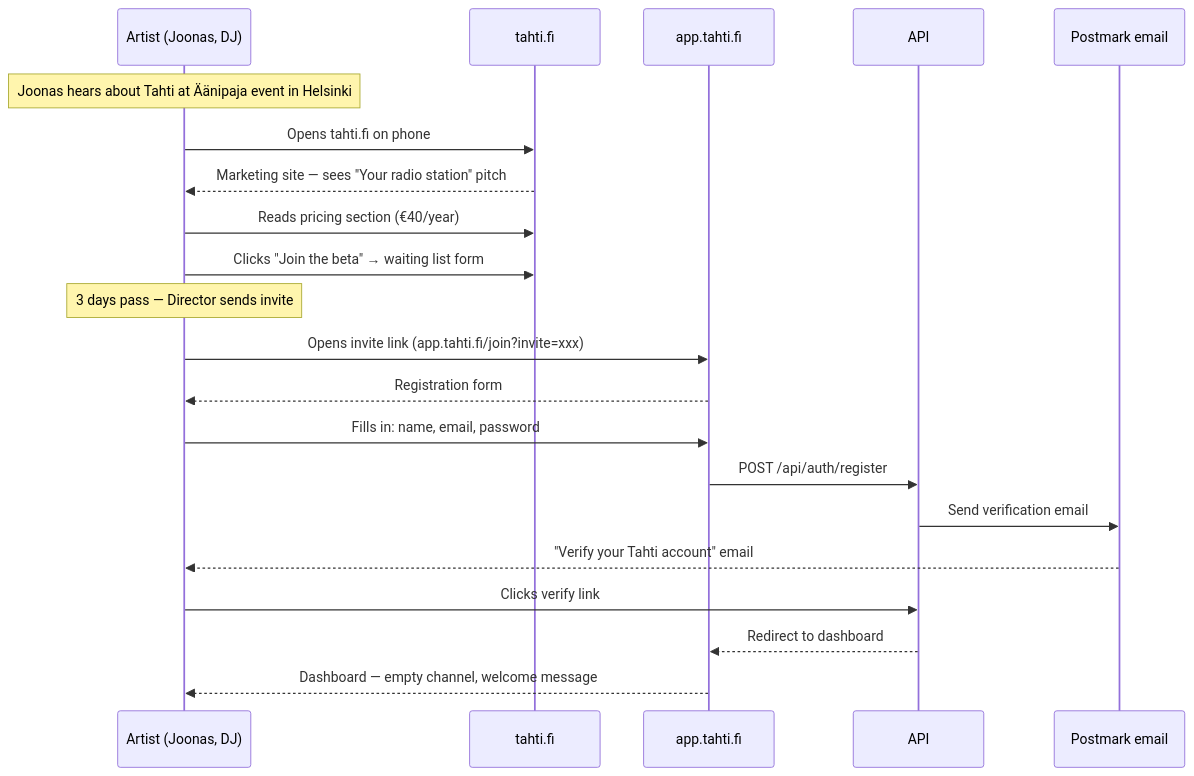
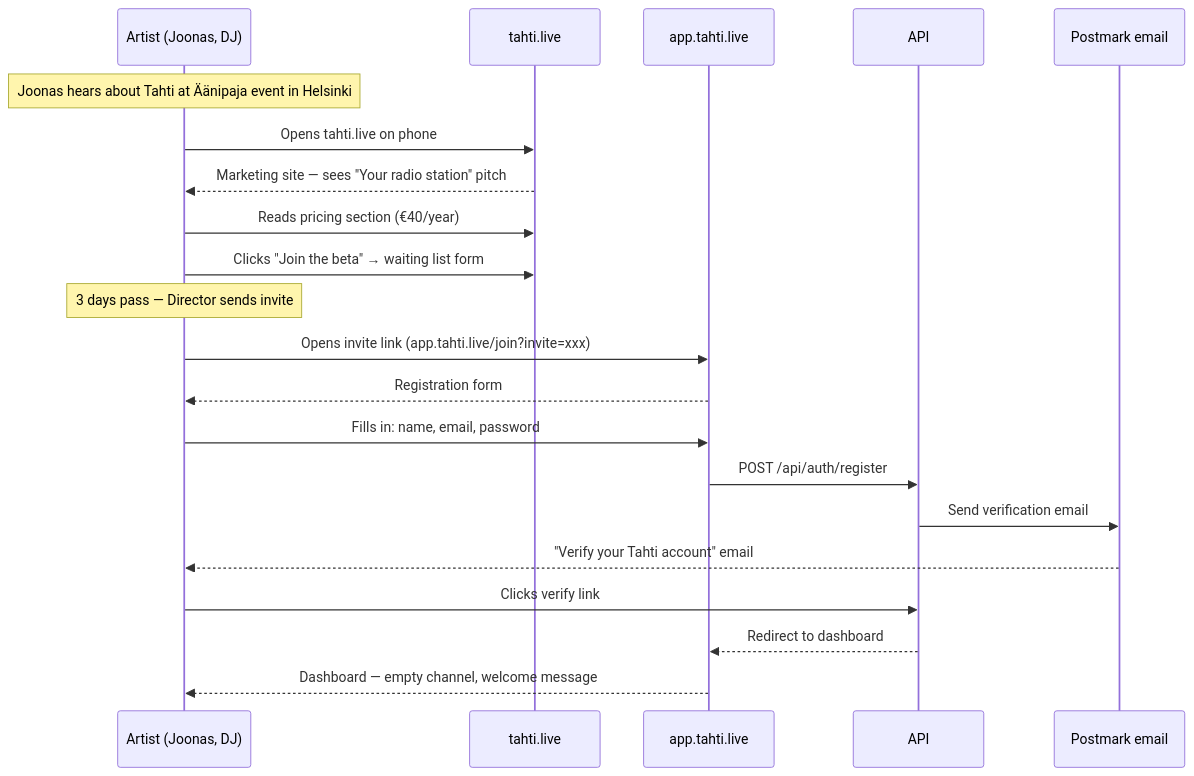
One commit to janiluuk/tahti-org changed the second of 8 diagrams in docs/technical/journey-artist.md. Above: the diagram before and after it, drawn with Mermaid. The commit also changed other lines of this file and 148 other files, not shown here.

First line of the commit message:
feat(m10): member governance, chat polish, domain rename to tahti.live

````diff
--- a/docs/technical/journey-artist.md
+++ b/docs/technical/journey-artist.md
@@ -45,25 +45,25 @@
 ```mermaid
 sequenceDiagram
     participant A as Artist (Joonas, DJ)
-    participant TF as tahti.fi
-    participant APP as app.tahti.fi
+    participant TF as tahti.live
+    participant APP as app.tahti.live
     participant API as API
     participant Email as Postmark email
 
     Note over A: Joonas hears about Tahti at Äänipaja event in Helsinki
-    A->>TF: Opens tahti.fi on phone
+    A->>TF: Opens tahti.live on phone
     TF-->>A: Marketing site — sees "Your radio station" pitch
     A->>TF: Reads pricing section (€40/year)
     A->>TF: Clicks "Join the beta" → waiting list form
     Note over A: 3 days pass — Director sends invite
 
-    A->>APP: Opens invite link (app.tahti.fi/join?invite=xxx)
+    A->>APP: Opens invite link (app.tahti.live/join?invite=xxx)
     APP-->>A: Registration form
     A->>APP: Fills in: name, email, password
     APP->>API: POST /api/auth/register
     API->>Email: Send verification email
     Email-->>A: "Verify your Tahti account" email
     A->>API: Clicks verify link
     API-->>APP: Redirect to dashboard
     APP-->>A: Dashboard — empty channel, welcome message
 ```
````
